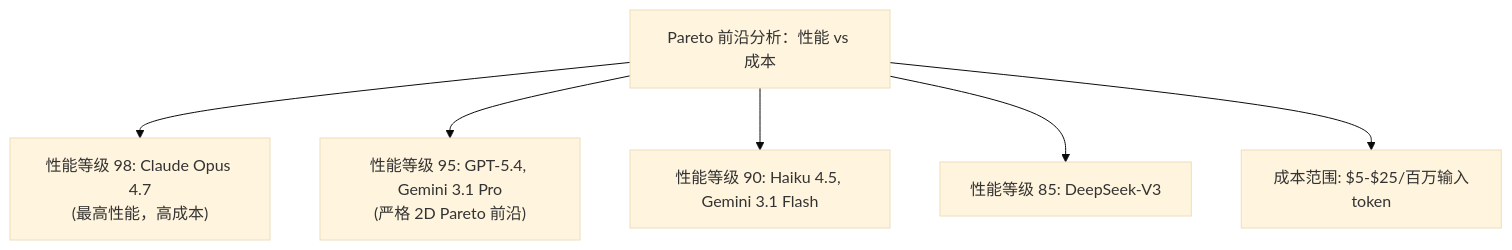
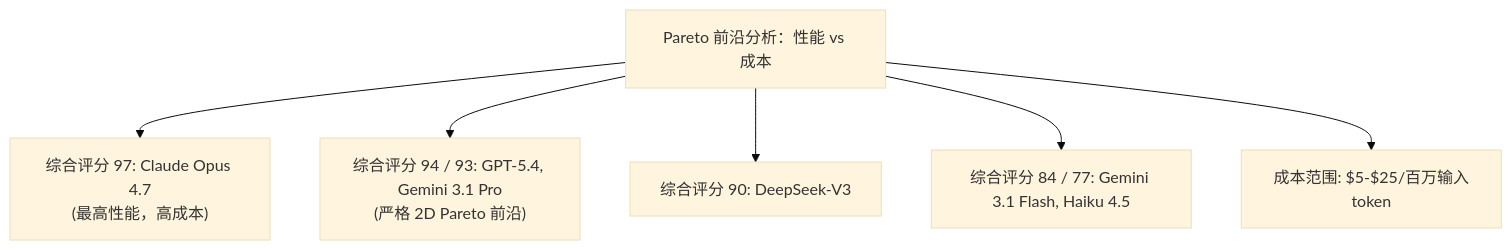
One commit to yeasy/claude_guide changed the second of 3 diagrams in 12_appendix/12.6_model_comparison.md. Above: the diagram before and after it, drawn with Mermaid (base theme). The commit also changed other lines of this file and 5 other files, not shown here.

````diff
--- a/12_appendix/12.6_model_comparison.md
+++ b/12_appendix/12.6_model_comparison.md
@@ -609,15 +612,15 @@
 ```mermaid
 graph TD
     A["Pareto 前沿分析：性能 vs 成本"]
-    B["性能等级 98: Claude Opus 4.7<br/>(最高性能，高成本)"]
-    C["性能等级 95: GPT-5.4, Gemini 3.1 Pro<br/>(严格 2D Pareto 前沿)"]
-    D["性能等级 90: Haiku 4.5, Gemini 3.1 Flash"]
-    E["性能等级 85: DeepSeek-V3"]
+    B["综合评分 97: Claude Opus 4.7<br/>(最高性能，高成本)"]
+    C["综合评分 94 / 93: GPT-5.4, Gemini 3.1 Pro<br/>(严格 2D Pareto 前沿)"]
+    D["综合评分 90: DeepSeek-V3"]
+    E["综合评分 84 / 77: Gemini 3.1 Flash, Haiku 4.5"]
     F["成本范围: $5-$25/百万输入token"]
 
     A --> B
     A --> C
     A --> D
     A --> E
     A --> F
 ```
````
